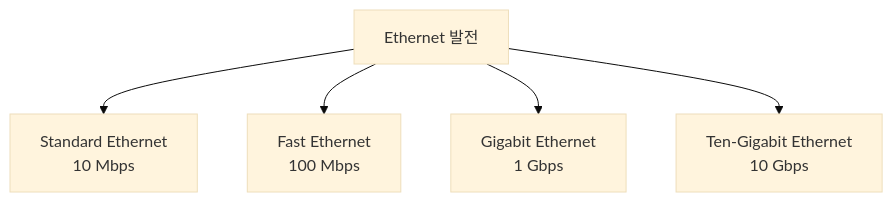
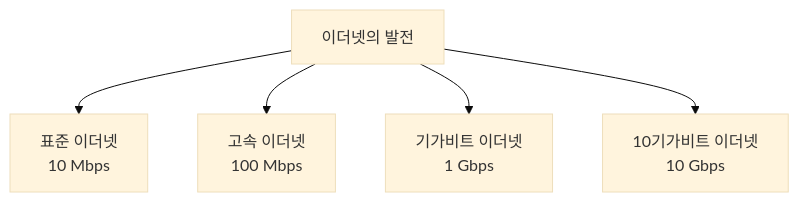
The first of 6 diagrams in Lecture-Notes/Ch20_Ethernet-Switches-and-VLANs/Concepts_Lecture.ko.md (Choroning/25Spring_Computer-Networks), drawn with Mermaid (base theme) before and after one commit. The commit also changed other lines of this file and 24 other files, not shown here.

````diff
--- a/Lecture-Notes/Ch20_Ethernet-Switches-and-VLANs/Concepts_Lecture.ko.md
+++ b/Lecture-Notes/Ch20_Ethernet-Switches-and-VLANs/Concepts_Lecture.ko.md
@@ -134,7 +242,7 @@
 ```mermaid
 graph TD
-    A[Ethernet 발전] --> B[Standard Ethernet<br/>10 Mbps]
-    A --> C[Fast Ethernet<br/>100 Mbps]
-    A --> D[Gigabit Ethernet<br/>1 Gbps]
-    A --> E[Ten-Gigabit Ethernet<br/>10 Gbps]
+    A[이더넷의 발전] --> B["표준 이더넷<br/>10 Mbps"]
+    A --> C["고속 이더넷<br/>100 Mbps"]
+    A --> D["기가비트 이더넷<br/>1 Gbps"]
+    A --> E["10기가비트 이더넷<br/>10 Gbps"]
 ```
````
